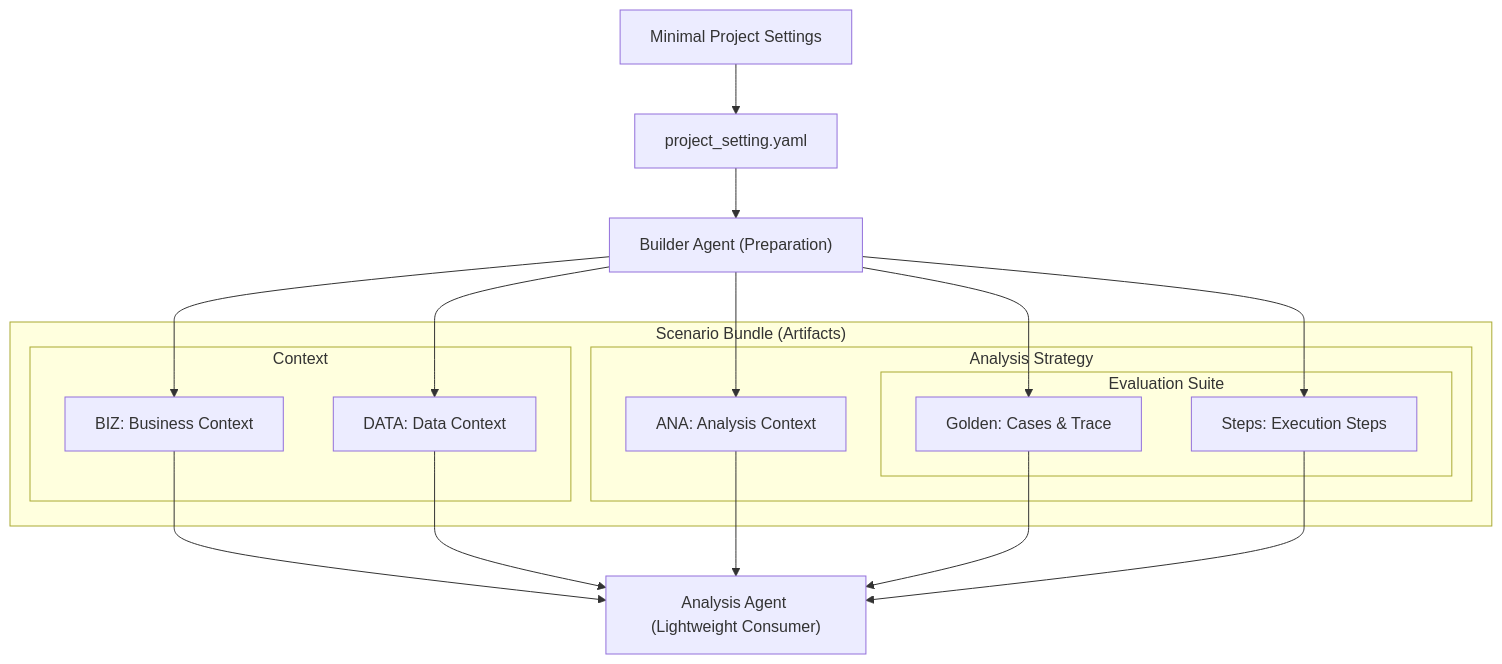
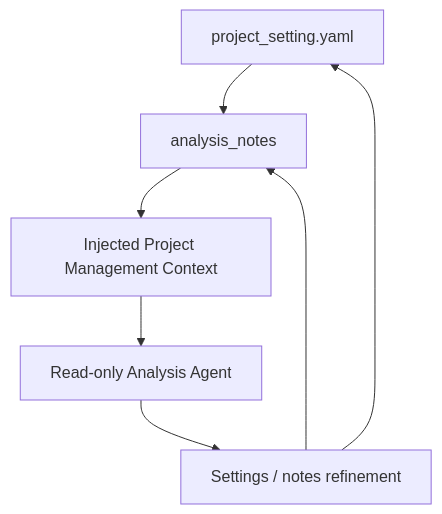
Before and after one commit to zhouhang-chn/databricks-ai-dev-kit: the diagram in docs/builder-app-oai/v0.2-business-analysis/scenario-000-bdr-routing-pilot/README.md, drawn with Mermaid. The commit also changed other lines of this file and 4 other files, not shown here.

````diff
--- a/docs/builder-app-oai/v0.2-business-analysis/scenario-000-bdr-routing-pilot/README.md
+++ b/docs/builder-app-oai/v0.2-business-analysis/scenario-000-bdr-routing-pilot/README.md
@@ -36,35 +29,9 @@
 ```mermaid
 graph TD
-    %% Phase 1: Preparation
-    Input["Minimal Project Settings"] --> Setting["project_setting.yaml"]
-    Setting --> Builder["Builder Agent (Preparation)"]
-
-    %% Phase 2: Scenario Bundle with Nested Subgraphs
-    Builder --> BIZ
-    Builder --> DATA
-    Builder --> ANA
-    Builder --> GOLDEN
-    Builder --> STEPS
-
-    subgraph Bundle ["Scenario Bundle (Artifacts)"]
-        subgraph BIZ_DATA ["Context"]
-            BIZ["BIZ: Business Context"]
-            DATA["DATA: Data Context"]
-        end
-
-        subgraph ANALYSIS ["Analysis Strategy"]
-            ANA["ANA: Analysis Context"]
-            subgraph EVAL ["Evaluation Suite"]
-                GOLDEN["Golden: Cases & Trace"]
-                STEPS["Steps: Execution Steps"]
-            end
-        end
-    end
-
-    %% Phase 3: Read-only consumption
-    BIZ --> Analyst["Analysis Agent (Lightweight Consumer)"]
-    DATA --> Analyst
-    ANA --> Analyst
-    GOLDEN --> Analyst
-    STEPS --> Analyst
+    Setting["project_setting.yaml"] --> Notes["analysis_notes"]
+    Notes --> Context["Injected Project Management Context"]
+    Context --> Agent["Read-only Analysis Agent"]
+    Agent --> Feedback["Settings / notes refinement"]
+    Feedback --> Setting
+    Feedback --> Notes
 ```
````
